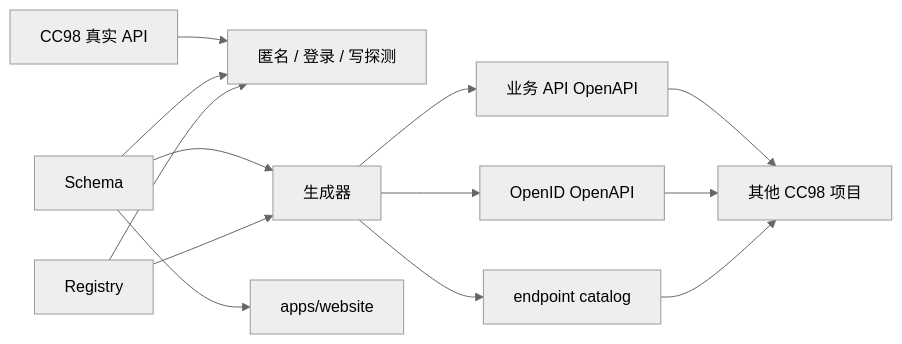
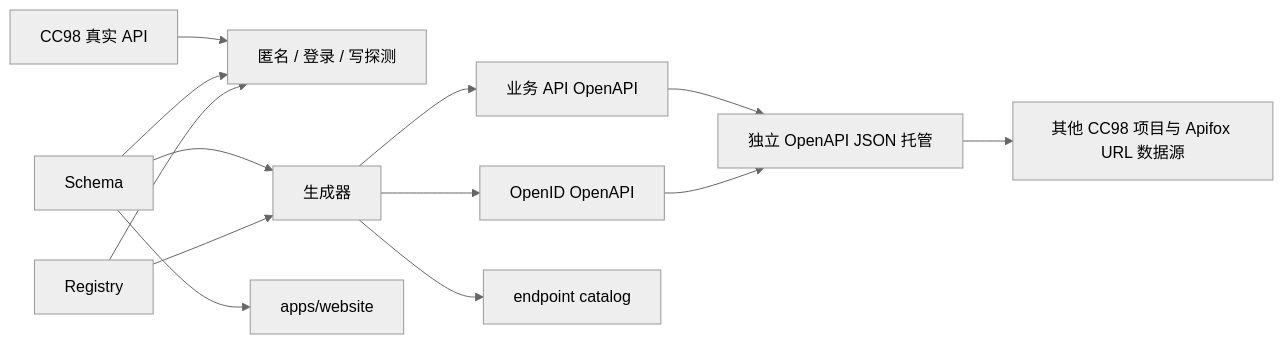
Before and after one commit to shellRaining/cc98: the first of 4 diagrams in ARCHITECTURE.md, drawn with Mermaid (neutral theme). The commit also changed other lines of this file and 21 other files, not shown here.

First line of the commit message:
feat(api): 托管 OpenAPI JSON 并停用 Apifox CLI

````diff
--- a/ARCHITECTURE.md
+++ b/ARCHITECTURE.md
@@ -9,15 +9,15 @@
 ```mermaid
 flowchart LR
   Live["CC98 真实 API"] --> Probe["匿名 / 登录 / 写探测"]
   Schema --> Probe
   Registry --> Probe
   Schema --> Generator["生成器"]
   Registry --> Generator
   Generator --> ApiOpenAPI["业务 API OpenAPI"]
   Generator --> OpenIdOpenAPI["OpenID OpenAPI"]
   Generator --> Catalog["endpoint catalog"]
+  ApiOpenAPI --> Hosting["独立 OpenAPI JSON 托管"]
+  OpenIdOpenAPI --> Hosting
   Schema --> Website["apps/website"]
-  ApiOpenAPI --> Community["其他 CC98 项目"]
-  OpenIdOpenAPI --> Community
-  Catalog --> Community
+  Hosting --> Community["其他 CC98 项目与 Apifox URL 数据源"]
 ```
````
